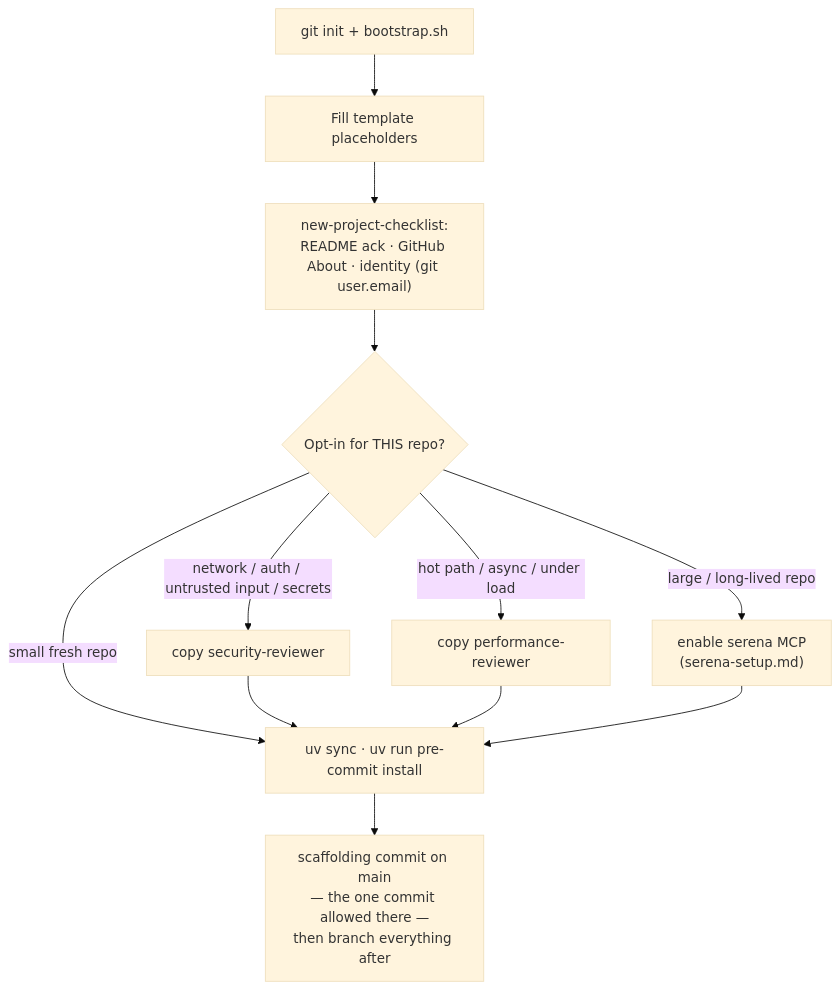
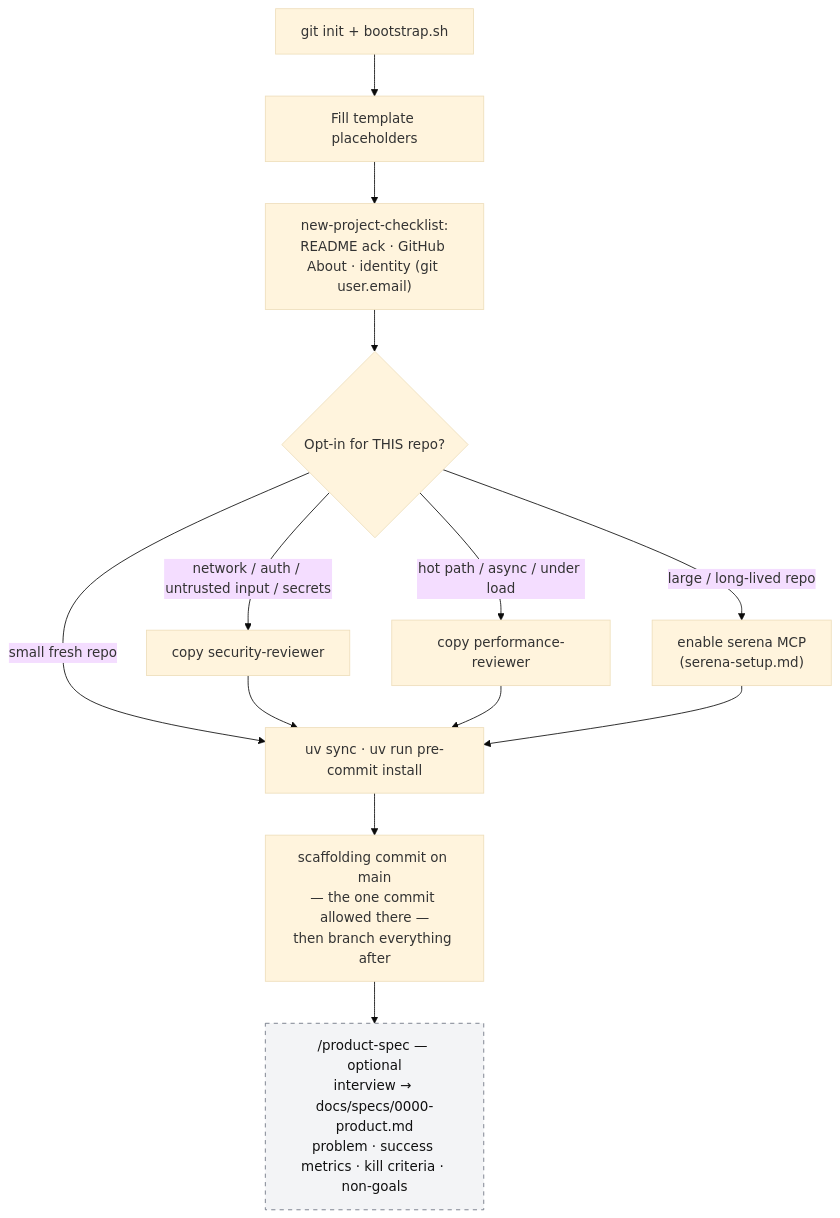
One commit to bbirkinbine/agentic-scaffold changed the first of 8 diagrams in python/docs/workflow-diagram.md. Above: the diagram before and after it, drawn with Mermaid (base theme). The commit also changed other lines of this file and 7 other files, not shown here.

First line of the commit message:
add /product-spec interview and surface the full flow in workflow docs

````diff
--- a/python/docs/workflow-diagram.md
+++ b/python/docs/workflow-diagram.md
@@ -38,14 +38,18 @@
 ```mermaid
 flowchart TD
     A["git init + bootstrap.sh"] --> B["Fill template placeholders"]
     B --> C["new-project-checklist:<br/>README ack · GitHub About · identity (git user.email)"]
     C --> D{"Opt-in for THIS repo?"}
     D -->|"network / auth / untrusted input / secrets"| D1["copy security-reviewer"]
     D -->|"hot path / async / under load"| D2["copy performance-reviewer"]
     D -->|"large / long-lived repo"| D3["enable serena MCP<br/>(serena-setup.md)"]
     D -->|"small fresh repo"| E
     D1 --> E
     D2 --> E
     D3 --> E
     E["uv sync · uv run pre-commit install"] --> F["scaffolding commit on main<br/>— the one commit allowed there —<br/>then branch everything after"]
+    F --> G["/product-spec — optional<br/>interview → docs/specs/0000-product.md<br/>problem · success metrics · kill criteria · non-goals"]
+
+    classDef optional fill:#f3f4f6,stroke:#6b7280,color:#111,stroke-dasharray: 5 5;
+    class G optional;
 ```
````
